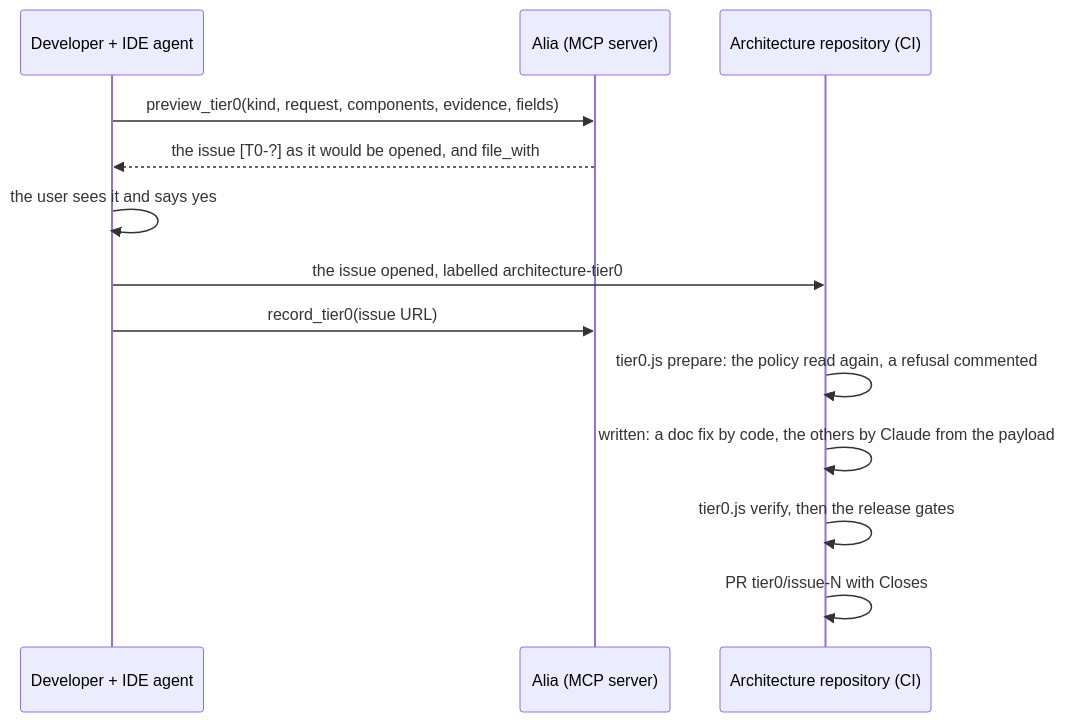
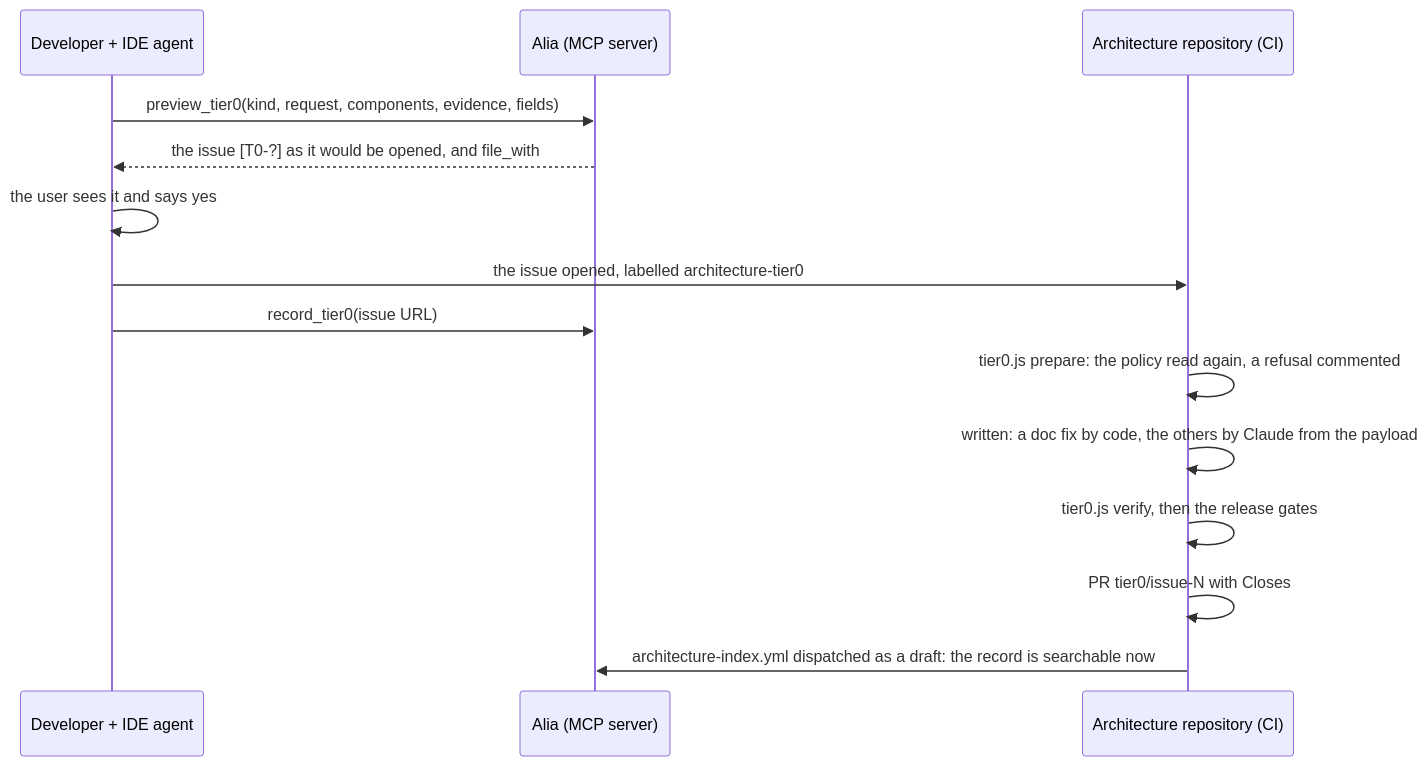
One commit to shadowX4fox/solutions-architect-skills changed the third of 4 diagrams in docs/RUN_TEAMS.md. Above: the diagram before and after it, drawn with Mermaid. The commit also changed other lines of this file and 16 other files, not shown here.

First line of the commit message:
fix(lifecycle): a Tier 0 merge dispatches the draft index — the IDE reads the record and previews its next move before the next release v10.10.11

````diff
--- a/docs/RUN_TEAMS.md
+++ b/docs/RUN_TEAMS.md
@@ -143,15 +143,16 @@
 ```mermaid
 sequenceDiagram
   participant D as Developer + IDE agent
   participant A as Alia (MCP server)
   participant G as Architecture repository (CI)
   D->>A: preview_tier0(kind, request, components, evidence, fields)
   A-->>D: the issue [T0-?] as it would be opened, and file_with
   D->>D: the user sees it and says yes
   D->>G: the issue opened, labelled architecture-tier0
   D->>A: record_tier0(issue URL)
   G->>G: tier0.js prepare: the policy read again, a refusal commented
   G->>G: written: a doc fix by code, the others by Claude from the payload
   G->>G: tier0.js verify, then the release gates
   G->>G: PR tier0/issue-N with Closes #N, merged when the gates pass
+  G->>A: architecture-index.yml dispatched as a draft: the record is searchable now
 ```
````
